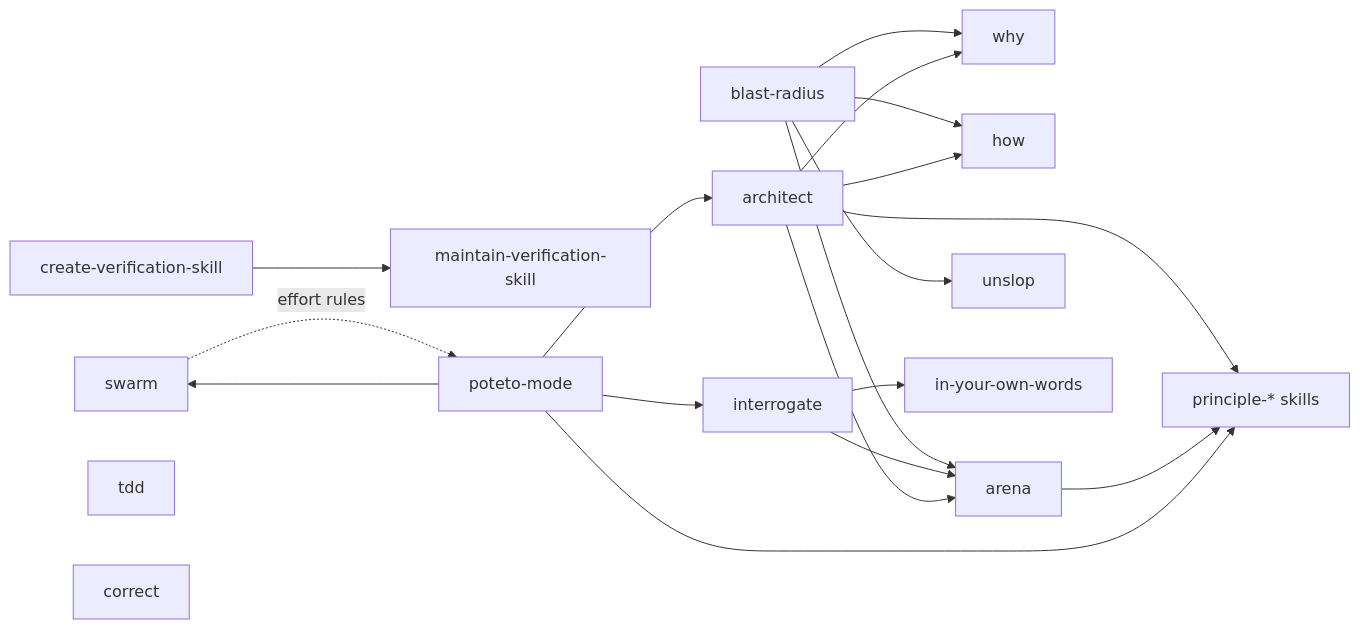
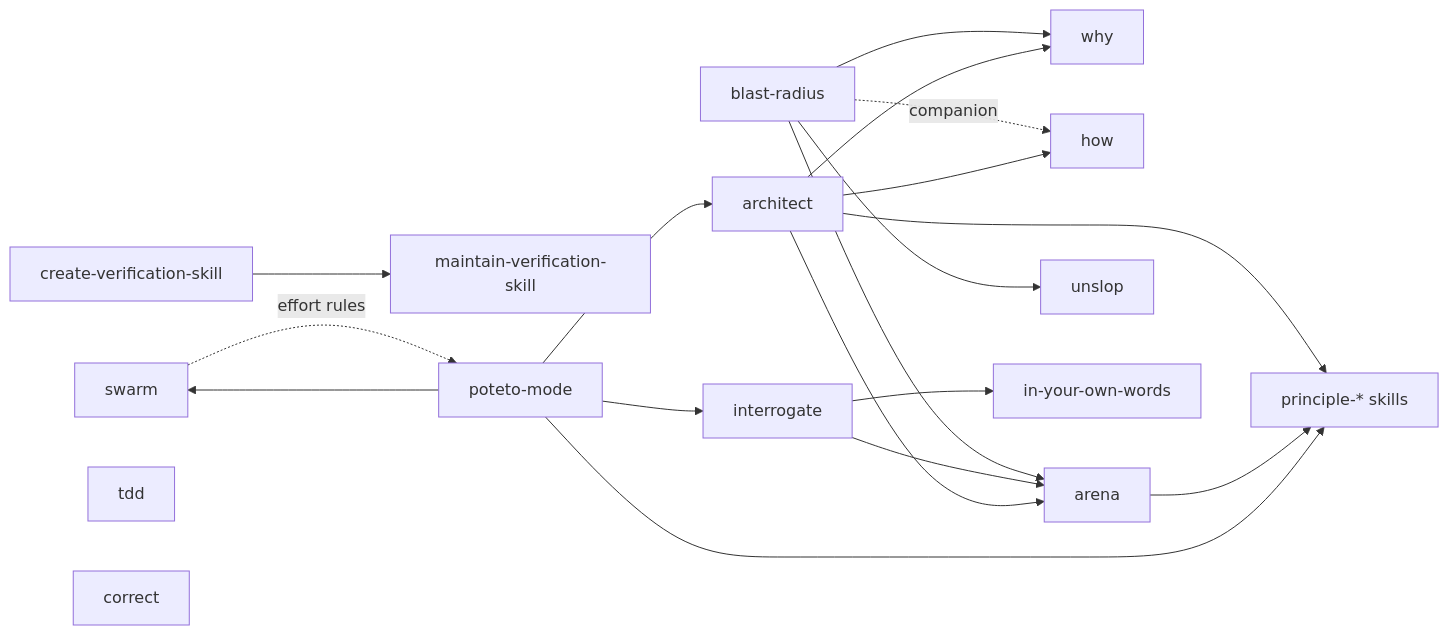
One commit to stevdrey/dokene changed the first of 2 diagrams in docs/verification/pstack-applicability-audit.md. Above: the diagram before and after it, drawn with Mermaid. The commit also changed other lines of this file, not shown here.

````diff
--- a/docs/verification/pstack-applicability-audit.md
+++ b/docs/verification/pstack-applicability-audit.md
@@ -89,22 +89,22 @@
 ```mermaid
 graph LR
   BR[blast-radius] --> WHY[why]
-  BR --> HOW[how]
+  BR -. companion .-> HOW[how]
   BR --> ARENA[arena]
   BR --> UNSLOP[unslop]
   INT[interrogate] --> ARENA
   INT --> OWN[in-your-own-words]
   CVS[create-verification-skill] --> MVS[maintain-verification-skill]
   ARC[architect] --> ARENA
   ARC --> HOW
   ARC --> WHY
   ARC --> PRIN[principle-* skills]
   ARENA --> PRIN
   SWARM[swarm] -. effort rules .-> POTETO[poteto-mode]
   POTETO --> ARC
   POTETO --> INT
   POTETO --> SWARM
   POTETO --> PRIN
   TDD[tdd]
   COR[correct]
 ```
````
